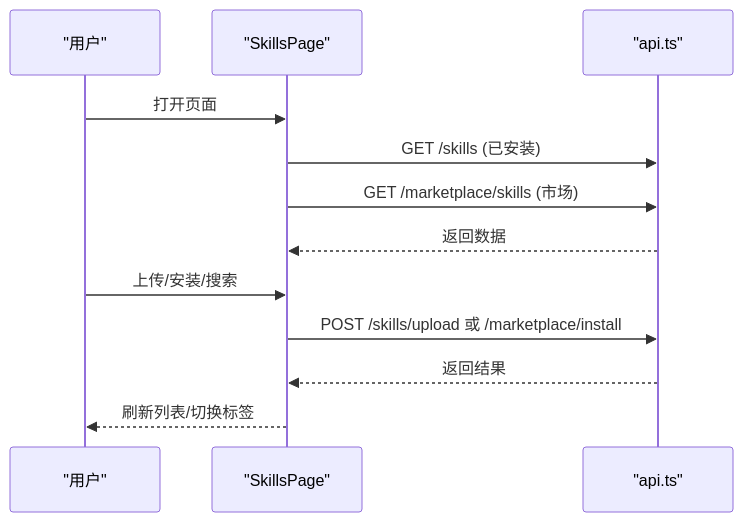
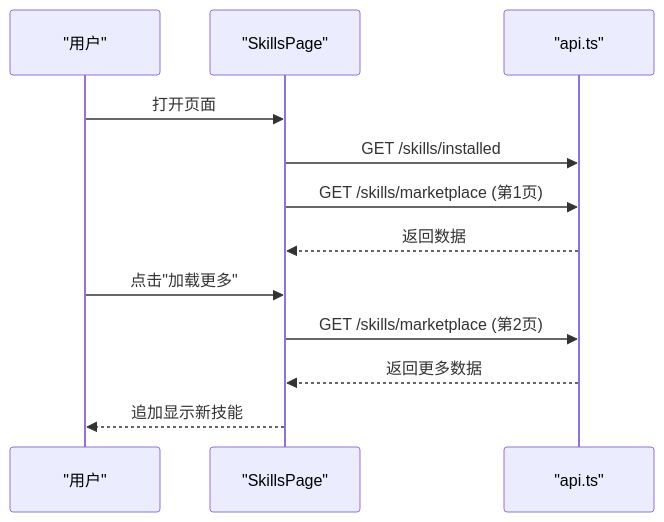
Before and after one commit to 757607106/nanobot: the eighth of 10 diagrams in .qoder/repowiki/zh/content/Web 界面/页面组件结构.md, drawn with Mermaid. The commit also changed other lines of this file and 60 other files, not shown here.

````diff
--- a/.qoder/repowiki/zh/content/Web 界面/页面组件结构.md
+++ b/.qoder/repowiki/zh/content/Web 界面/页面组件结构.md
@@ -414,14 +429,14 @@
 ```mermaid
 sequenceDiagram
 participant U as "用户"
 participant Page as "SkillsPage"
 participant API as "api.ts"
 U->>Page : 打开页面
-Page->>API : GET /skills (已安装)
-Page->>API : GET /marketplace/skills (市场)
+Page->>API : GET /skills/installed
+Page->>API : GET /skills/marketplace (第1页)
 API-->>Page : 返回数据
-U->>Page : 上传/安装/搜索
-Page->>API : POST /skills/upload 或 /marketplace/install
-API-->>Page : 返回结果
-Page-->>U : 刷新列表/切换标签
+U->>Page : 点击"加载更多"
+Page->>API : GET /skills/marketplace (第2页)
+API-->>Page : 返回更多数据
+Page-->>U : 追加显示新技能
 ```
````
